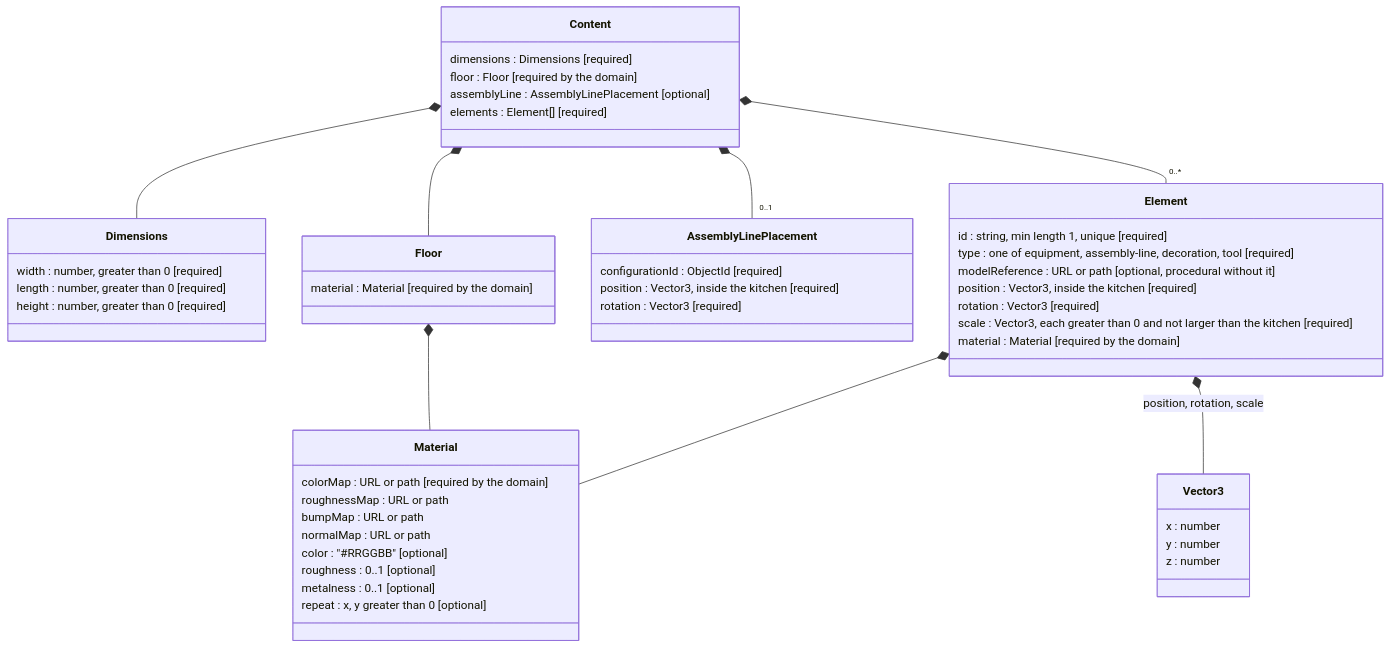
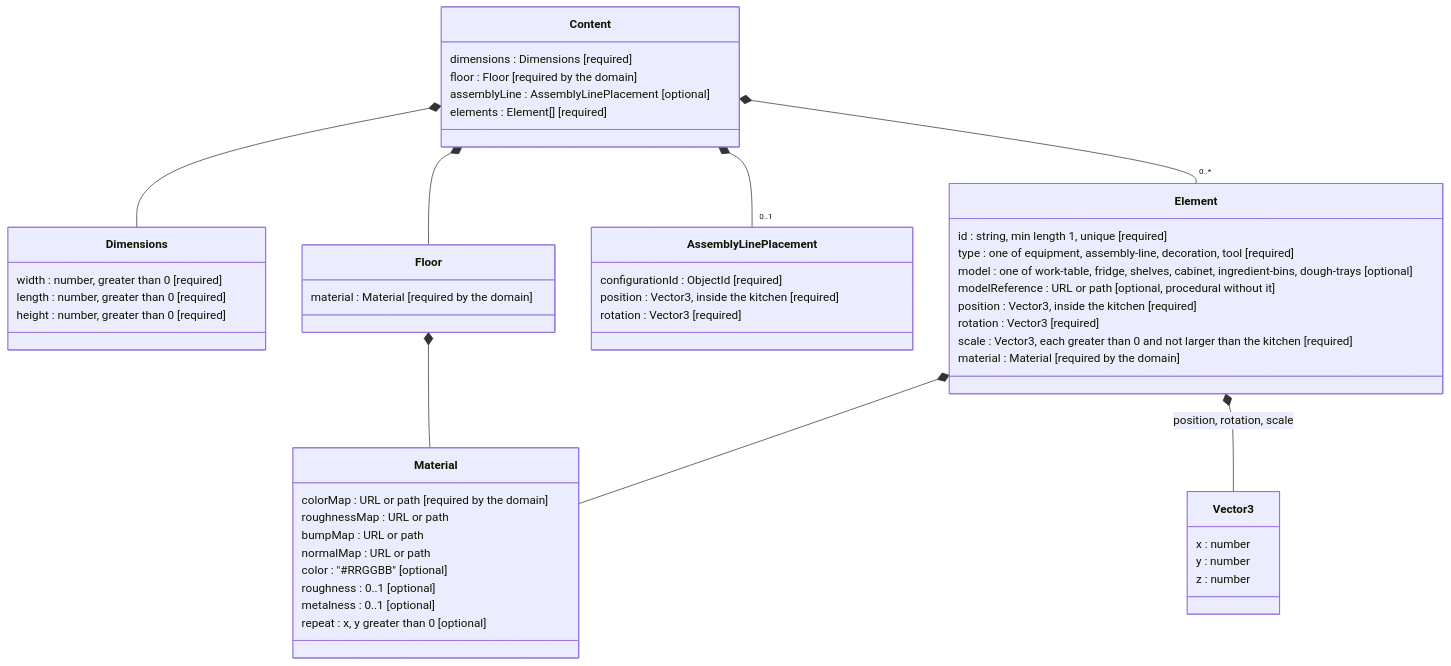
Before and after one commit to ivasduarte/laprizza: the diagram in docs/flows/kitchen-configuration/kitchen-configuration-json-format.md, drawn with Mermaid. The commit also changed other lines of this file and 19 other files, not shown here.

````diff
--- a/docs/flows/kitchen-configuration/kitchen-configuration-json-format.md
+++ b/docs/flows/kitchen-configuration/kitchen-configuration-json-format.md
@@ -18,53 +18,54 @@
 ```mermaid
 classDiagram
     class Content {
         dimensions : Dimensions [required]
         floor : Floor [required by the domain]
         assemblyLine : AssemblyLinePlacement [optional]
         elements : Element[] [required]
     }
     class Dimensions {
         width : number, greater than 0 [required]
         length : number, greater than 0 [required]
         height : number, greater than 0 [required]
     }
     class Floor {
         material : Material [required by the domain]
     }
     class AssemblyLinePlacement {
         configurationId : ObjectId [required]
         position : Vector3, inside the kitchen [required]
         rotation : Vector3 [required]
     }
     class Element {
         id : string, min length 1, unique [required]
         type : one of equipment, assembly-line, decoration, tool [required]
+        model : one of work-table, fridge, shelves, cabinet, ingredient-bins, dough-trays [optional]
         modelReference : URL or path [optional, procedural without it]
         position : Vector3, inside the kitchen [required]
         rotation : Vector3 [required]
         scale : Vector3, each greater than 0 and not larger than the kitchen [required]
         material : Material [required by the domain]
     }
     class Material {
         colorMap : URL or path [required by the domain]
         roughnessMap : URL or path
         bumpMap : URL or path
         normalMap : URL or path
         color : "#RRGGBB" [optional]
         roughness : 0..1 [optional]
         metalness : 0..1 [optional]
         repeat : x, y greater than 0 [optional]
     }
     class Vector3 {
         x : number
         y : number
         z : number
     }
     Content *-- Dimensions
     Content *-- Floor
     Content *-- "0..1" AssemblyLinePlacement
     Content *-- "0..*" Element
     Floor *-- Material
     Element *-- Material
     Element *-- Vector3 : position, rotation, scale
 ```
````
